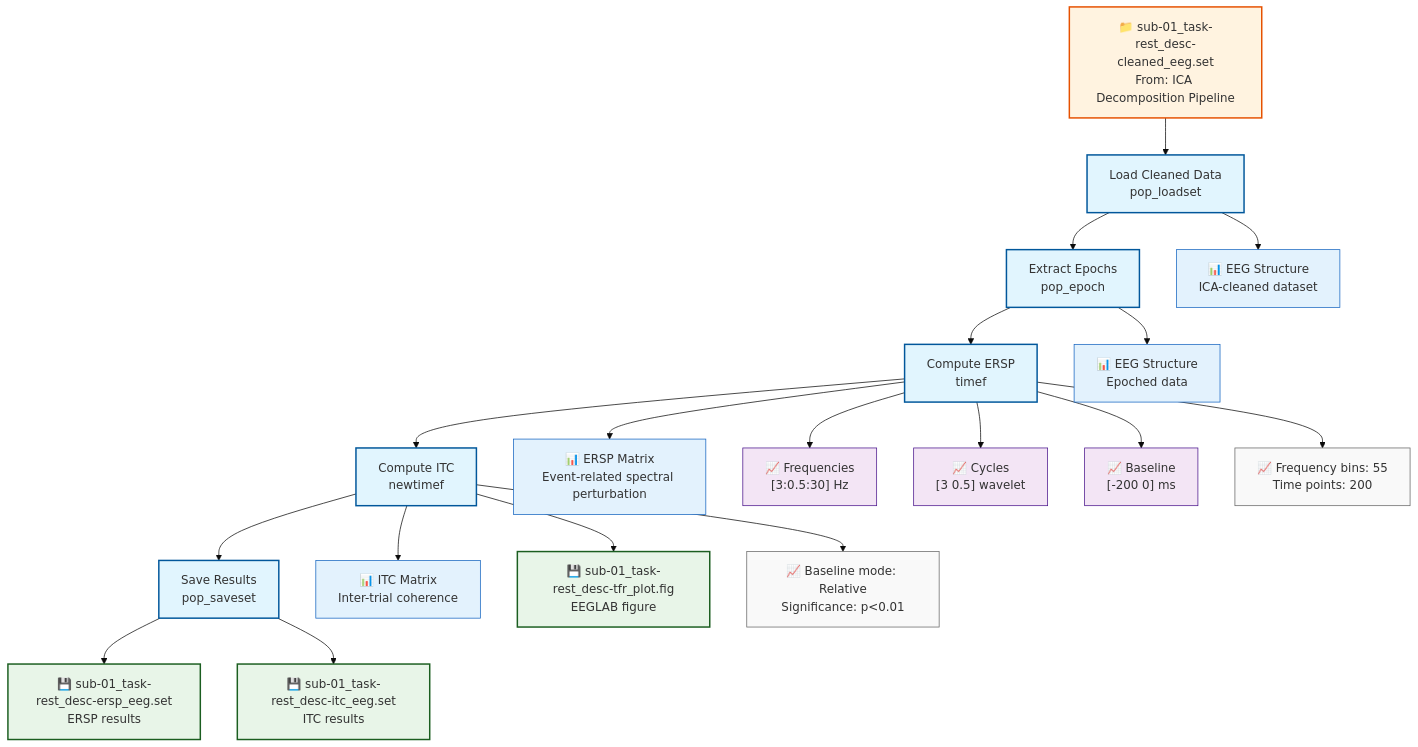
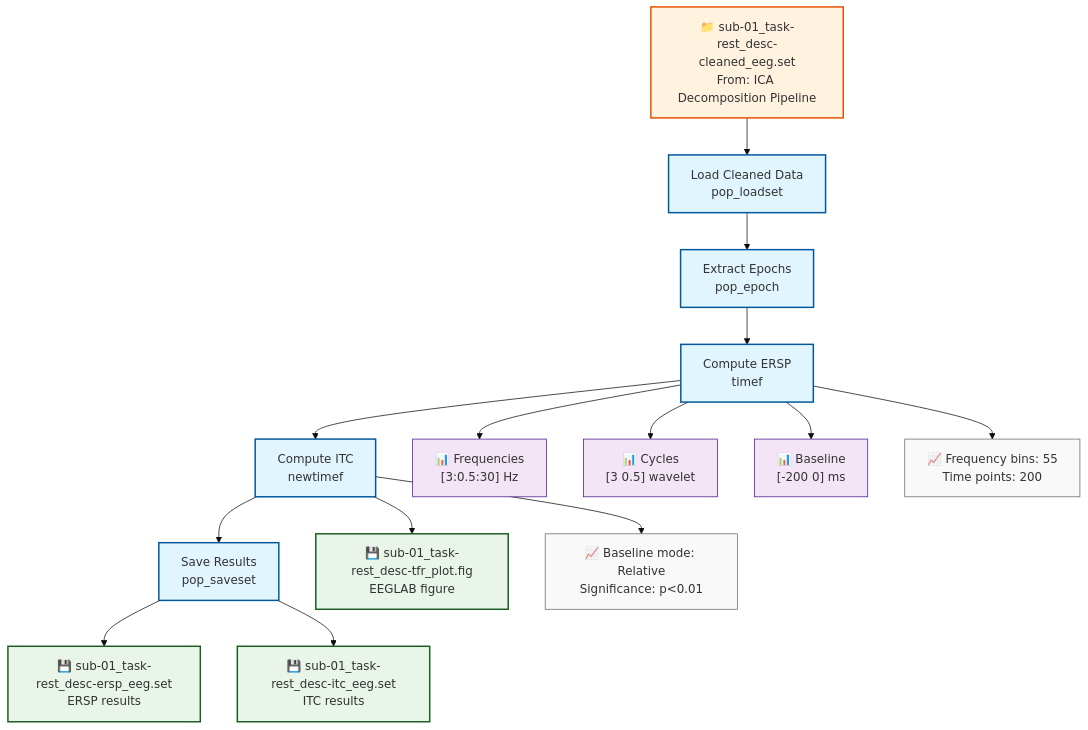
One commit to signalJourney/signalJourney changed the diagram in docs/examples/time_frequency_eeglab.md. Above: the diagram before and after it, drawn with Mermaid (base theme). The commit also changed 11 other files, not shown here.

````diff
--- a/docs/examples/time_frequency_eeglab.md
+++ b/docs/examples/time_frequency_eeglab.md
@@ -16,45 +16,37 @@
 ```mermaid
 flowchart TD
     A[Load Cleaned Data<br/>pop_loadset] --> B[Extract Epochs<br/>pop_epoch]
     B --> C[Compute ERSP<br/>timef]
     C --> D[Compute ITC<br/>newtimef]
     D --> E[Save Results<br/>pop_saveset]
     
-    %% Input from previous pipeline
+    %% Input file
     F["📁 sub-01_task-rest_desc-cleaned_eeg.set<br/>From: ICA Decomposition Pipeline"] --> A
     
-    %% Intermediate outputs
-    A --> A1["📊 EEG Structure<br/>ICA-cleaned dataset"]
-    B --> B1["📊 EEG Structure<br/>Epoched data"]
-    C --> C1["📊 ERSP Matrix<br/>Event-related spectral perturbation"]
-    D --> D1["📊 ITC Matrix<br/>Inter-trial coherence"]
-    
-    %% Parameters and settings
-    C --> V1["📈 Frequencies<br/>[3:0.5:30] Hz"]
-    C --> V2["📈 Cycles<br/>[3 0.5] wavelet"]
-    C --> V3["📈 Baseline<br/>[-200 0] ms"]
+    %% Inline data
+    C --> V1["📊 Frequencies<br/>[3:0.5:30] Hz"]
+    C --> V2["📊 Cycles<br/>[3 0.5] wavelet"]
+    C --> V3["📊 Baseline<br/>[-200 0] ms"]
     
     %% Final outputs
     E --> G["💾 sub-01_task-rest_desc-ersp_eeg.set<br/>ERSP results"]
     E --> H["💾 sub-01_task-rest_desc-itc_eeg.set<br/>ITC results"]
     D --> I["💾 sub-01_task-rest_desc-tfr_plot.fig<br/>EEGLAB figure"]
     
     %% Quality metrics
     C --> Q1["📈 Frequency bins: 55<br/>Time points: 200"]
     D --> Q2["📈 Baseline mode: Relative<br/>Significance: p<0.01"]
 
     %% Styling
     classDef processStep fill:#e1f5fe,stroke:#01579b,stroke-width:2px
     classDef inputFile fill:#fff3e0,stroke:#e65100,stroke-width:2px
     classDef outputFile fill:#e8f5e8,stroke:#1b5e20,stroke-width:2px
-    classDef inMemoryData fill:#e3f2fd,stroke:#1565c0,stroke-width:1px
     classDef inlineData fill:#f3e5f5,stroke:#4a148c,stroke-width:1px
     classDef qualityMetric fill:#f9f9f9,stroke:#666,stroke-width:1px
 
     class A,B,C,D,E processStep
     class F inputFile
     class G,H,I outputFile
-    class A1,B1,C1,D1 inMemoryData
     class V1,V2,V3 inlineData
     class Q1,Q2 qualityMetric
 ```
````
